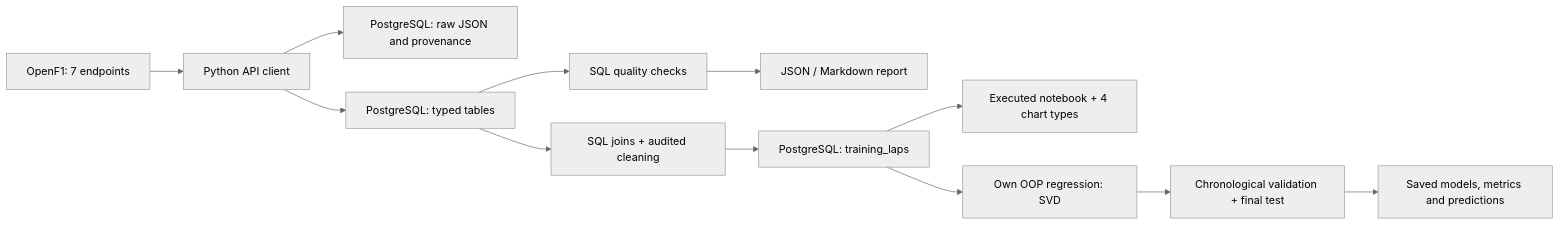
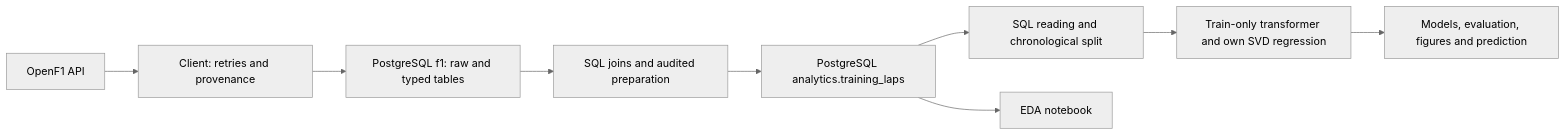
The first of 2 diagrams in README.md (geeksetter/f1-lap-time-prediction), drawn with Mermaid (neutral theme) before and after one commit. The commit also changed other lines of this file and 12 other files, not shown here.

````diff
--- a/README.md
+++ b/README.md
@@ -26,14 +36,11 @@
 ```mermaid
 flowchart LR
-    API[OpenF1: 7 endpoints] --> Client[Python API client]
-    Client --> Audit[PostgreSQL: raw JSON and provenance]
-    Client --> Tables[PostgreSQL: typed tables]
-    Tables --> Checks[SQL quality checks]
-    Checks --> Report[JSON / Markdown report]
-    Tables --> Features[SQL joins + audited cleaning]
-    Features --> Training[PostgreSQL: training_laps]
-    Training --> EDA[Executed notebook + 4 chart types]
-    Training --> Model[Own OOP regression: SVD]
-    Model --> Evaluation[Chronological validation + final test]
-    Evaluation --> Artifacts[Saved models, metrics and predictions]
+    A[OpenF1 API] --> B[Client: retries and provenance]
+    B --> C[PostgreSQL f1: raw and typed tables]
+    C --> D[SQL joins and audited preparation]
+    D --> E[PostgreSQL analytics.training_laps]
+    E --> F[SQL reading and chronological split]
+    F --> G[Train-only transformer and own SVD regression]
+    G --> H[Models, evaluation, figures and prediction]
+    E --> I[EDA notebook]
 ```
````
